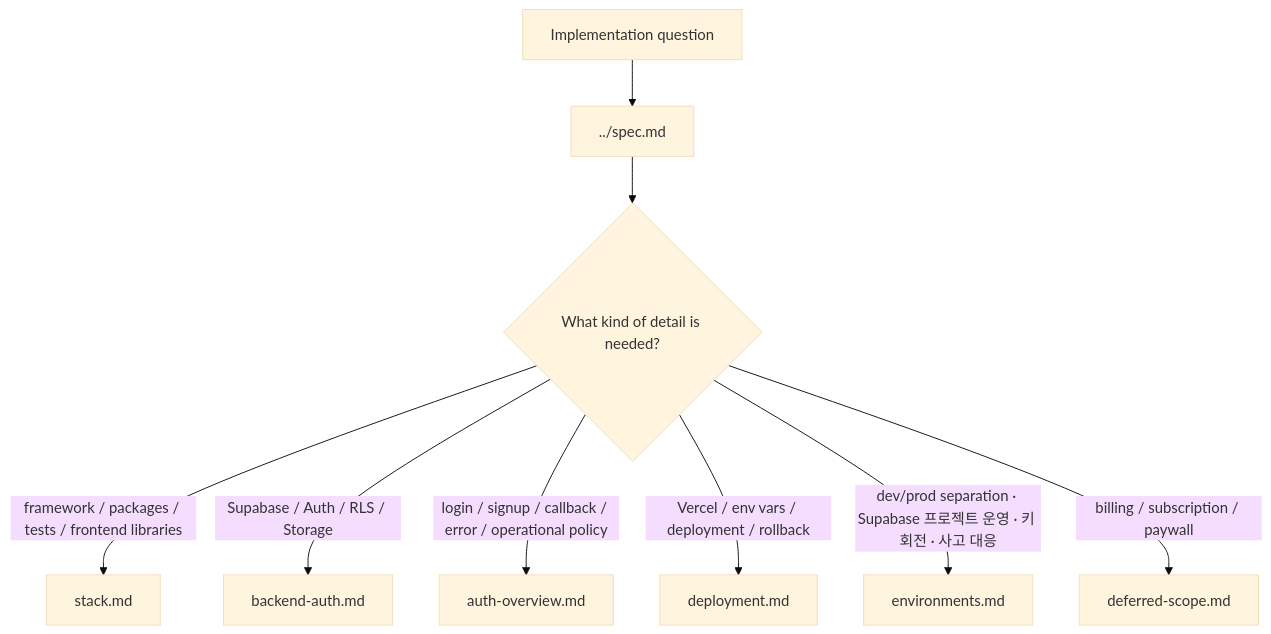
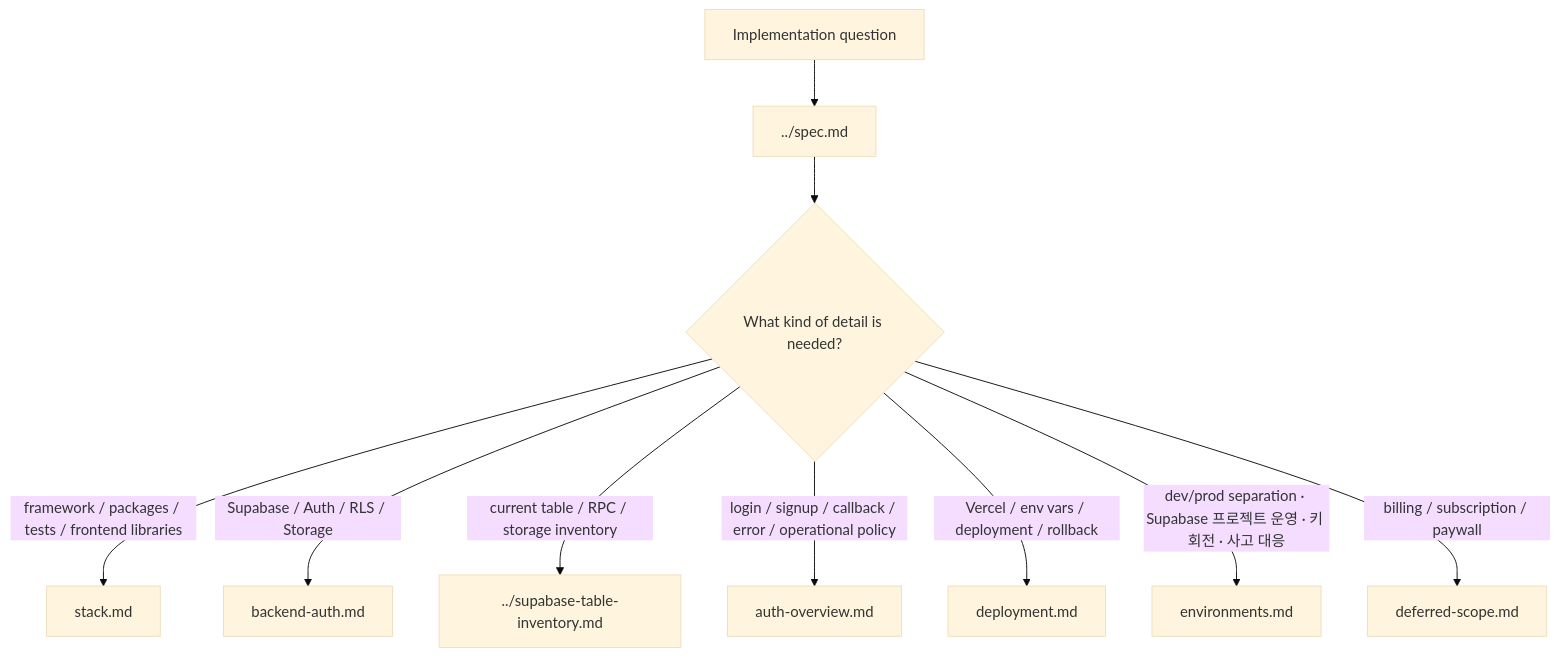
One commit to blackstarzck/topik-project-v13 changed the diagram in docs/development/README.md. Above: the diagram before and after it, drawn with Mermaid (base theme). The commit also changed other lines of this file and 185 other files, not shown here.

````diff
--- a/docs/development/README.md
+++ b/docs/development/README.md
@@ -11,11 +11,12 @@
 ```mermaid
 flowchart TD
     A["Implementation question"] --> B["../spec.md"]
     B --> C{"What kind of detail is needed?"}
     C -->|"framework / packages / tests / frontend libraries"| D["stack.md"]
     C -->|"Supabase / Auth / RLS / Storage"| E["backend-auth.md"]
+    C -->|"current table / RPC / storage inventory"| DBI["../supabase-table-inventory.md"]
     C -->|"login / signup / callback / error / operational policy"| AO["auth-overview.md"]
     C -->|"Vercel / env vars / deployment / rollback"| G["deployment.md"]
     C -->|"dev/prod separation · Supabase 프로젝트 운영 · 키 회전 · 사고 대응"| ENV["environments.md"]
     C -->|"billing / subscription / paywall"| H["deferred-scope.md"]
 ```
````
